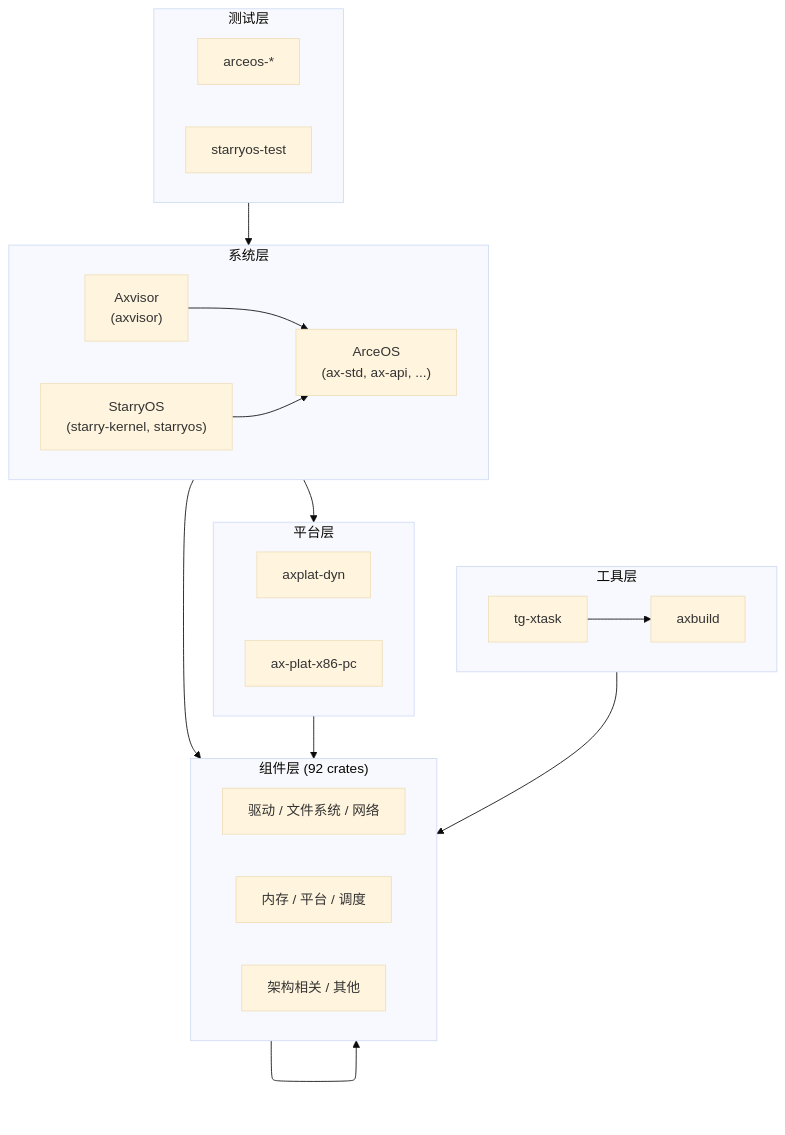
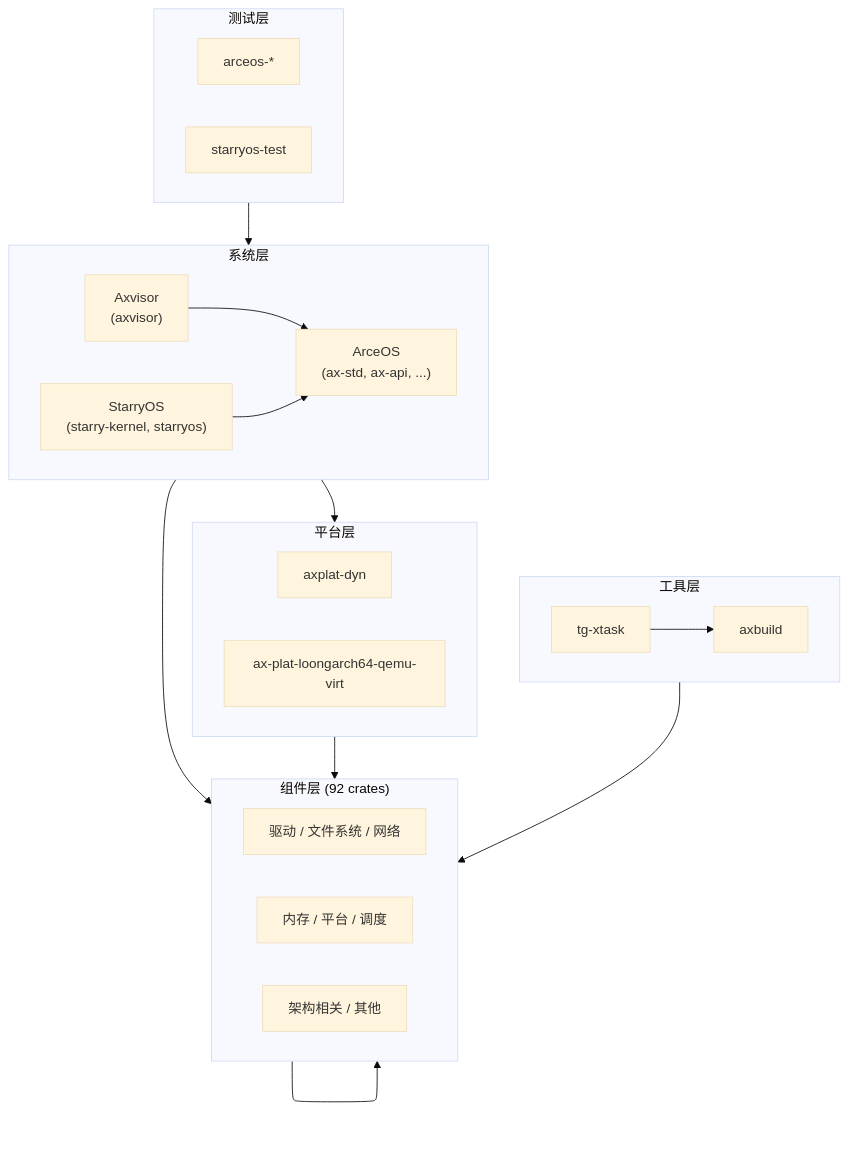
One commit to rcore-os/tgoskits changed the diagram in docs/docs/components/overview.md. Above: the diagram before and after it, drawn with Mermaid (base theme). The commit also changed other lines of this file and 69 other files, not shown here.

````diff
--- a/docs/docs/components/overview.md
+++ b/docs/docs/components/overview.md
@@ -26,40 +26,40 @@
 ```mermaid
 flowchart TB
     subgraph sg_test["测试层"]
         direction LR
         t1["arceos-*"]
         t2["starryos-test"]
     end
     subgraph sg_os["系统层"]
         direction LR
         s1["ArceOS\n(ax-std, ax-api, ...)"]
         s2["StarryOS\n(starry-kernel, starryos)"]
         s3["Axvisor\n(axvisor)"]
     end
     subgraph sg_tool["工具层"]
         direction LR
         tl1["axbuild"]
         tl2["tg-xtask"]
     end
     subgraph sg_plat["平台层"]
         direction LR
         p1["axplat-dyn"]
-        p2["ax-plat-x86-pc"]
+        p2["ax-plat-loongarch64-qemu-virt"]
     end
     subgraph sg_comp["组件层 (92 crates)"]
         direction LR
         c1["驱动 / 文件系统 / 网络"]
         c2["内存 / 平台 / 调度"]
         c3["架构相关 / 其他"]
     end
 
     sg_test --> sg_os
     s3 --> s1
     s2 --> s1
     sg_os --> sg_plat
     sg_os --> sg_comp
     sg_plat --> sg_comp
     tl2 --> tl1
     tl1 --> sg_comp
     sg_comp --> sg_comp
 ```
````
